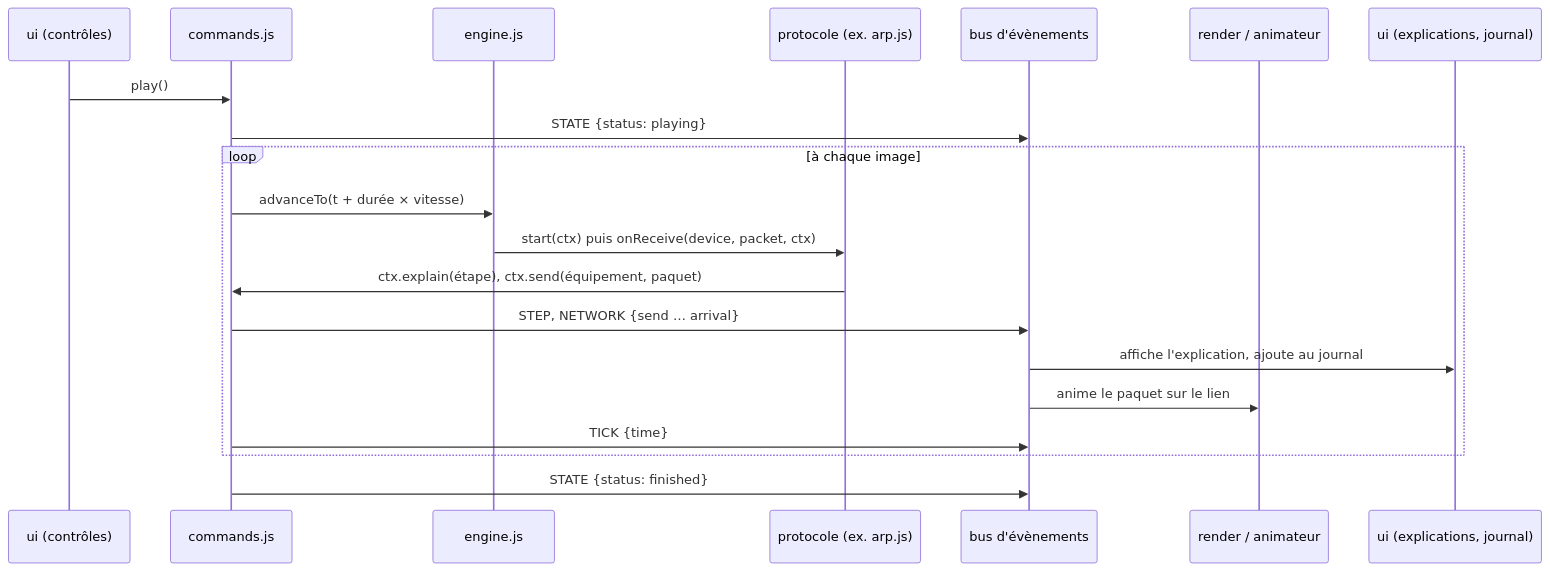
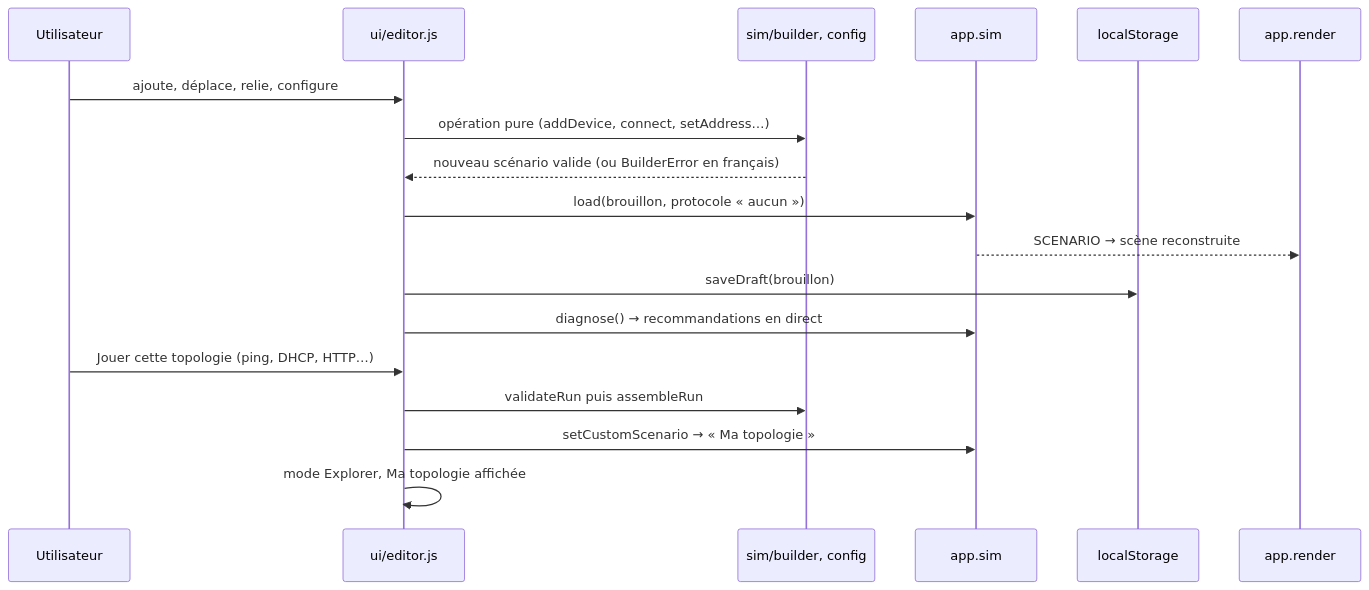
One commit to Bensabbehayoub/3D-network-topology changed the sixth of 6 diagrams in docs/architecture.md. Above: the diagram before and after it, drawn with Mermaid. The commit also changed other lines of this file and 23 other files, not shown here.

````diff
--- a/docs/architecture.md
+++ b/docs/architecture.md
@@ -74,22 +200,20 @@
 ```mermaid
 sequenceDiagram
-    participant U as ui (contrôles)
-    participant C as commands.js
-    participant E as engine.js
-    participant P as protocole (ex. arp.js)
-    participant B as bus d'évènements
-    participant R as render / animateur
-    participant X as ui (explications, journal)
-    U->>C: play()
-    C->>B: STATE {status: playing}
-    loop à chaque image
-      C->>E: advanceTo(t + durée × vitesse)
-      E->>P: start(ctx) puis onReceive(device, packet, ctx)
-      P->>C: ctx.explain(étape), ctx.send(équipement, paquet)
-      C->>B: STEP, NETWORK {send … arrival}
-      B->>X: affiche l'explication, ajoute au journal
-      B->>R: anime le paquet sur le lien
-      C->>B: TICK {time}
-    end
-    C->>B: STATE {status: finished}
+    participant U as Utilisateur
+    participant E as ui/editor.js
+    participant B as sim/builder, config
+    participant S as app.sim
+    participant L as localStorage
+    participant R as app.render
+    U->>E: ajoute, déplace, relie, configure
+    E->>B: opération pure (addDevice, connect, setAddress…)
+    B-->>E: nouveau scénario valide (ou BuilderError en français)
+    E->>S: load(brouillon, protocole « aucun »)
+    S-->>R: SCENARIO → scène reconstruite
+    E->>L: saveDraft(brouillon)
+    E->>S: diagnose() → recommandations en direct
+    U->>E: Jouer cette topologie (ping, DHCP, HTTP…)
+    E->>B: validateRun puis assembleRun
+    E->>S: setCustomScenario → « Ma topologie »
+    E->>E: mode Explorer, Ma topologie affichée
 ```
````
